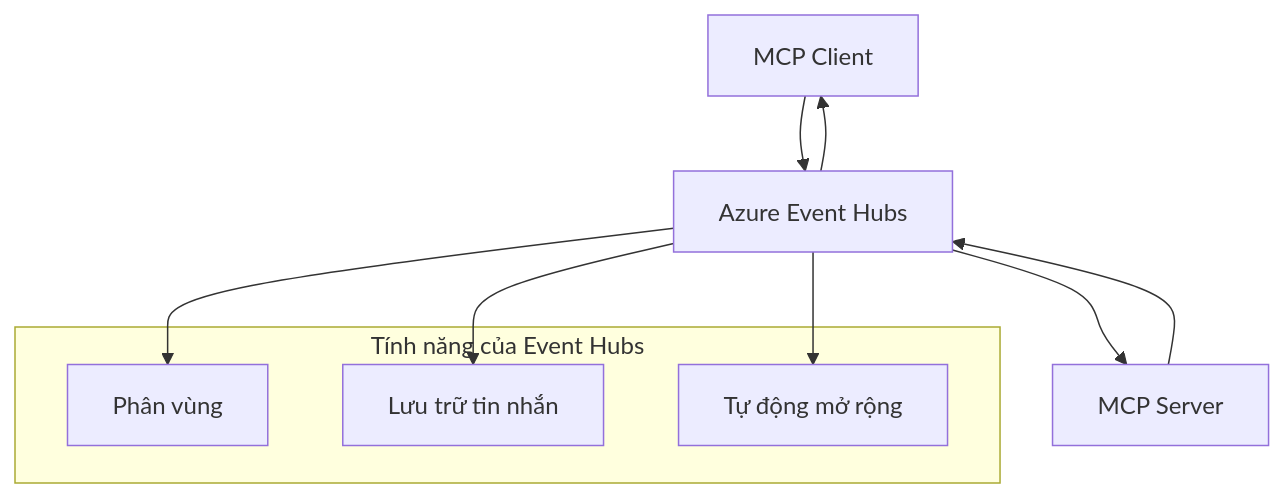
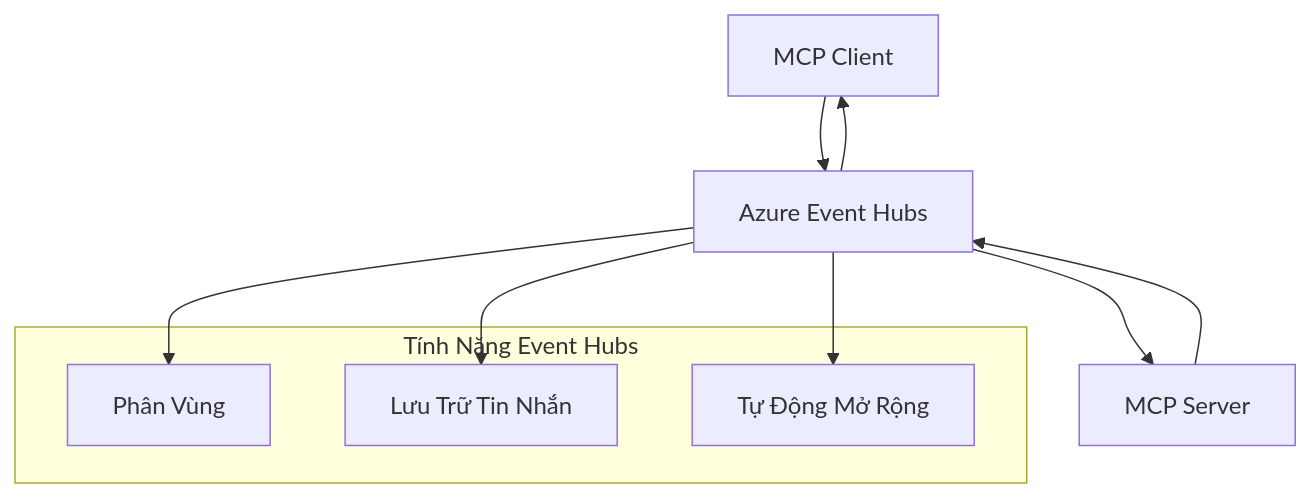
The second of 2 diagrams in mcp_ecosystem__model_context_protocol/mcp_learning_resources/mcp-for-beginners/translations/vi/05-AdvancedTopics/mcp-transport/README.md (HIDORAKAI002/ai-workspace-archive), drawn with Mermaid before and after one commit. The commit also changed other lines of this file and 1046 other files, not shown here.

````diff
--- a/mcp_ecosystem__model_context_protocol/mcp_learning_resources/mcp-for-beginners/translations/vi/05-AdvancedTopics/mcp-transport/README.md
+++ b/mcp_ecosystem__model_context_protocol/mcp_learning_resources/mcp-for-beginners/translations/vi/05-AdvancedTopics/mcp-transport/README.md
@@ -270,17 +272,17 @@
 ```mermaid
 graph TB
     Client[MCP Client] --> EH[Azure Event Hubs]
     EH --> Server[MCP Server]
     Server --> EH
     EH --> Client
     
-    subgraph "Tính năng của Event Hubs"
-        Partition[Phân vùng]
-        Retention[Lưu trữ tin nhắn]
-        Scaling[Tự động mở rộng]
+    subgraph "Tính Năng Event Hubs"
+        Partition[Phân Vùng]
+        Retention[Lưu Trữ Tin Nhắn]
+        Scaling[Tự Động Mở Rộng]
     end
     
     EH --> Partition
     EH --> Retention
     EH --> Scaling
 ```
````
